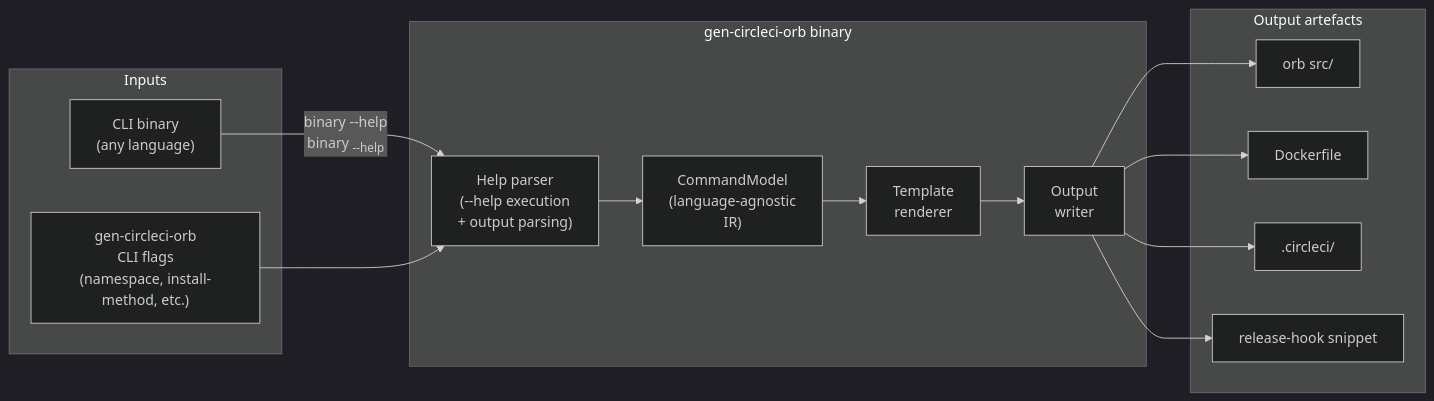
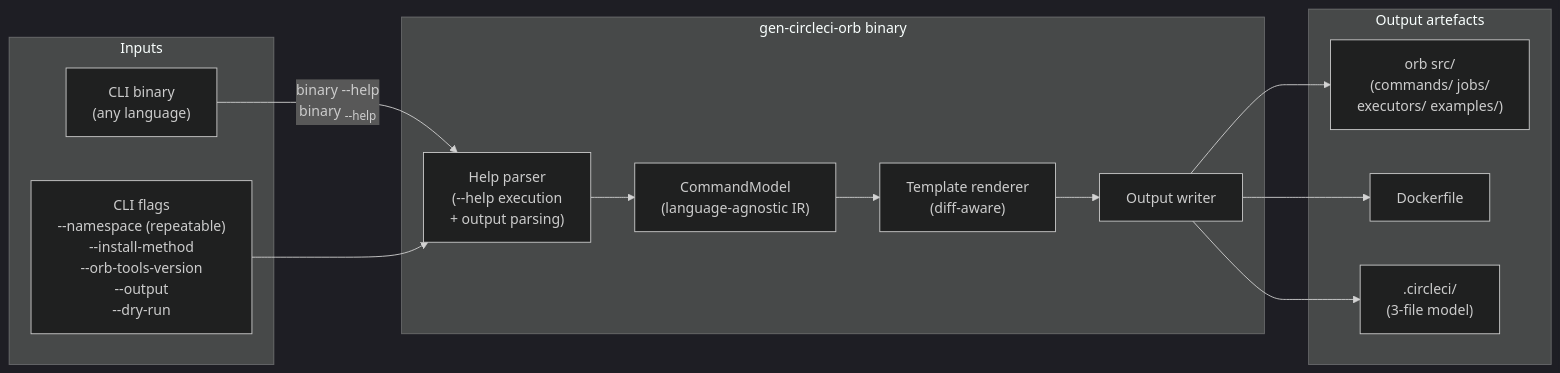
Before and after one commit to jerus-org/gen-circleci-orb: the third of 3 diagrams in docs/design.md, drawn with Mermaid (dark theme). The commit also changed other lines of this file, not shown here.

First line of the commit message:
docs: resolve all design questions, add decisions and roadmap

````diff
--- a/docs/design.md
+++ b/docs/design.md
@@ -246,28 +268,27 @@
 ```mermaid
 flowchart LR
     subgraph "gen-circleci-orb binary"
         INTROSPECT["Help parser\n(--help execution\n+ output parsing)"]
-        MODEL["CommandModel\n(language-agnostic\nIR)"]
-        RENDER["Template\nrenderer"]
-        OUTPUT["Output\nwriter"]
+        MODEL["CommandModel\n(language-agnostic IR)"]
+        RENDER["Template renderer\n(diff-aware)"]
+        OUTPUT["Output writer"]
     end
 
     subgraph "Inputs"
         BIN["CLI binary\n(any language)"]
-        FLAGS["gen-circleci-orb\nCLI flags\n(namespace, install-method, etc.)"]
+        FLAGS["CLI flags\n--namespace (repeatable)\n--install-method\n--orb-tools-version\n--output\n--dry-run"]
     end
 
     subgraph "Output artefacts"
-        OA["orb src/"]
+        OA["orb src/\n(commands/ jobs/\nexecutors/ examples/)"]
         OB["Dockerfile"]
-        OC[".circleci/"]
-        OD["release-hook snippet"]
+        OC[".circleci/\n(3-file model)"]
     end
 
     BIN -->|"binary --help\nbinary <sub> --help"| INTROSPECT
     FLAGS --> INTROSPECT
     INTROSPECT --> MODEL
     MODEL --> RENDER
     RENDER --> OUTPUT
-    OUTPUT --> OA & OB & OC & OD
+    OUTPUT --> OA & OB & OC
 ```
````
